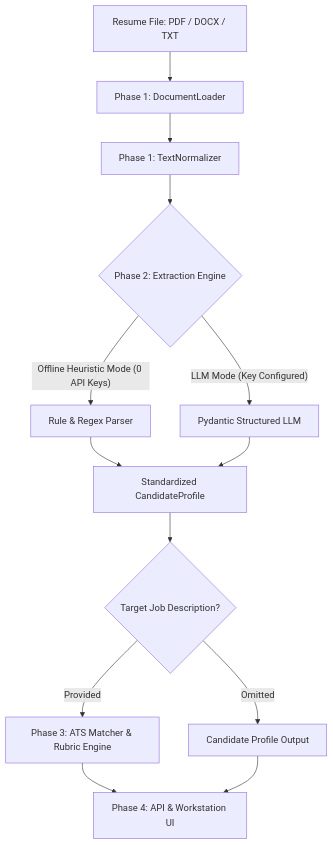
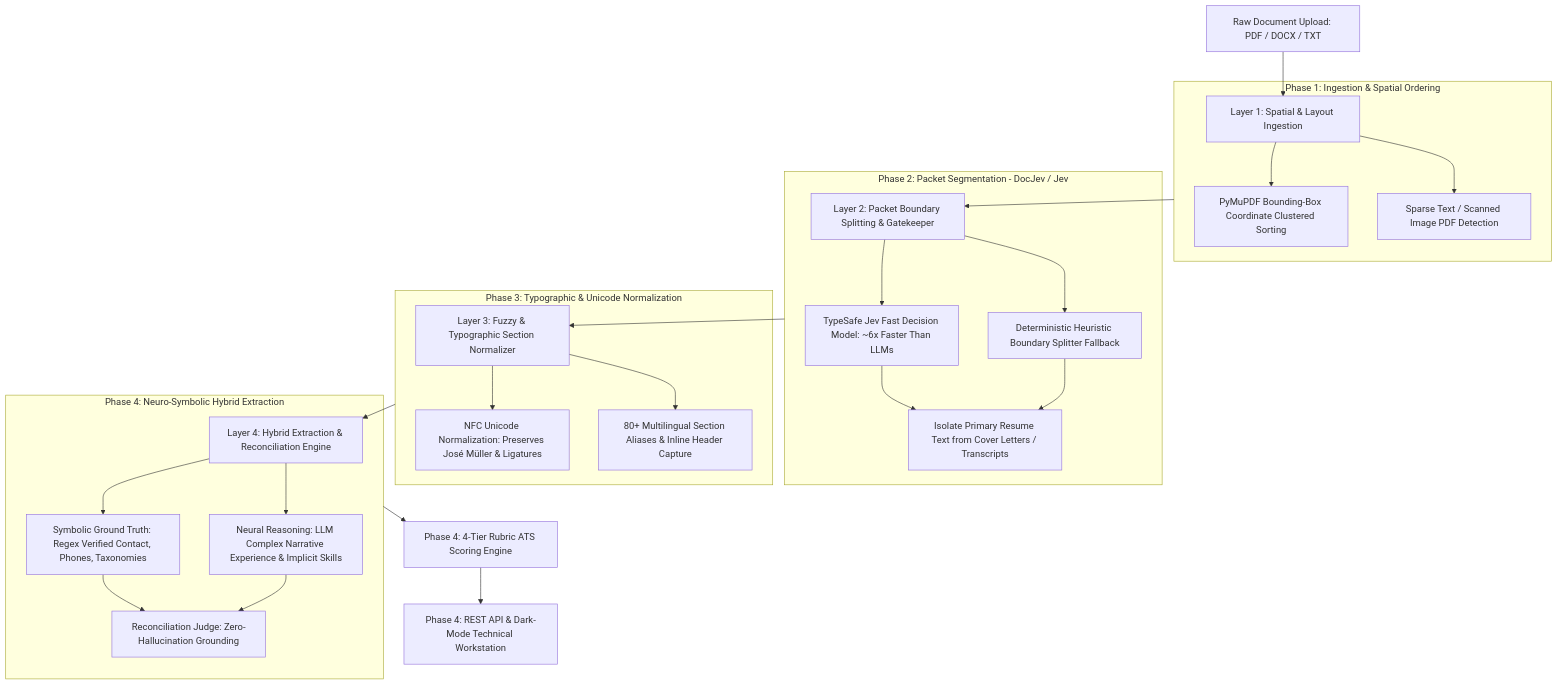
Before and after one commit to SazWhatician/ATS-parser: the diagram in study_docs/README.md, drawn with Mermaid. The commit also changed other lines of this file and 15 other files, not shown here.

Commit message:
feat: implement 4 adaptive layers, docjev packet splitting, and educational study docs

````diff
--- a/study_docs/README.md
+++ b/study_docs/README.md
@@ -24,19 +24,37 @@
 ```mermaid
-graph TD
-    A[Resume File: PDF / DOCX / TXT] --> B[Phase 1: DocumentLoader]
-    B --> C[Phase 1: TextNormalizer]
-    C --> D{Phase 2: Extraction Engine}
+flowchart TD
+    Raw[Raw Document Upload: PDF / DOCX / TXT] --> L1[Layer 1: Spatial & Layout Ingestion]
     
-    D -- "Offline Heuristic Mode (0 API Keys)" --> E[Rule & Regex Parser]
-    D -- "LLM Mode (Key Configured)" --> F[Pydantic Structured LLM]
+    subgraph S1 [Phase 1: Ingestion & Spatial Ordering]
+        L1 --> Fitz[PyMuPDF Bounding-Box Coordinate Clustered Sorting]
+        L1 --> ScanCheck[Sparse Text / Scanned Image PDF Detection]
+    end
     
-    E --> G[Standardized CandidateProfile]
-    F --> G
+    S1 --> L2[Layer 2: Packet Boundary Splitting & Gatekeeper]
     
-    G --> H{Target Job Description?}
-    H -- "Provided" --> I[Phase 3: ATS Matcher & Rubric Engine]
-    H -- "Omitted" --> J[Candidate Profile Output]
+    subgraph S2 [Phase 2: Packet Segmentation - DocJev / Jev]
+        L2 --> Jev[TypeSafe Jev Fast Decision Model: ~6x Faster Than LLMs]
+        L2 --> FallbackSplit[Deterministic Heuristic Boundary Splitter Fallback]
+        Jev --> Isolate[Isolate Primary Resume Text from Cover Letters / Transcripts]
+        FallbackSplit --> Isolate
+    end
     
-    I --> K[Phase 4: API & Workstation UI]
-    J --> K
+    S2 --> L3[Layer 3: Fuzzy & Typographic Section Normalizer]
+    
+    subgraph S3 [Phase 3: Typographic & Unicode Normalization]
+        L3 --> NFC[NFC Unicode Normalization: Preserves José Müller & Ligatures]
+        L3 --> Fuzzy[80+ Multilingual Section Aliases & Inline Header Capture]
+    end
+    
+    S3 --> L4[Layer 4: Hybrid Extraction & Reconciliation Engine]
+    
+    subgraph S4 [Phase 4: Neuro-Symbolic Hybrid Extraction]
+        L4 --> Symbolic[Symbolic Ground Truth: Regex Verified Contact, Phones, Taxonomies]
+        L4 --> Neural[Neural Reasoning: LLM Complex Narrative Experience & Implicit Skills]
+        Symbolic --> Reconcile[Reconciliation Judge: Zero-Hallucination Grounding]
+        Neural --> Reconcile
+    end
+    
+    S4 --> Rubric[Phase 4: 4-Tier Rubric ATS Scoring Engine]
+    Rubric --> UI[Phase 4: REST API & Dark-Mode Technical Workstation]
 ```
````
